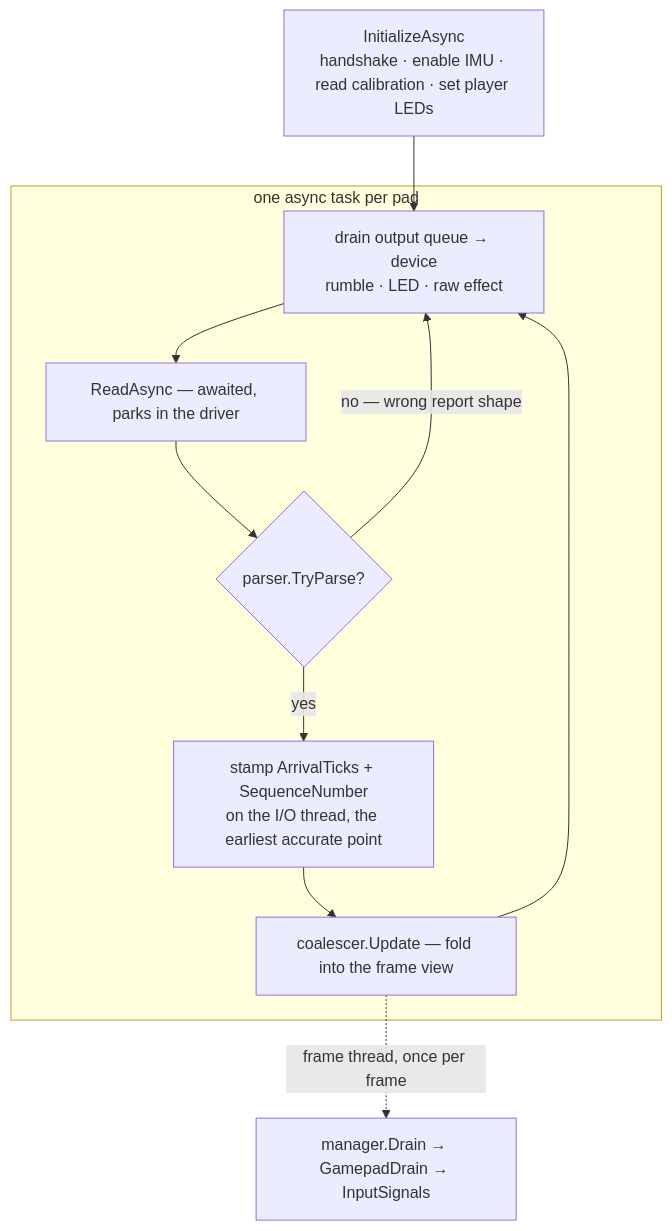
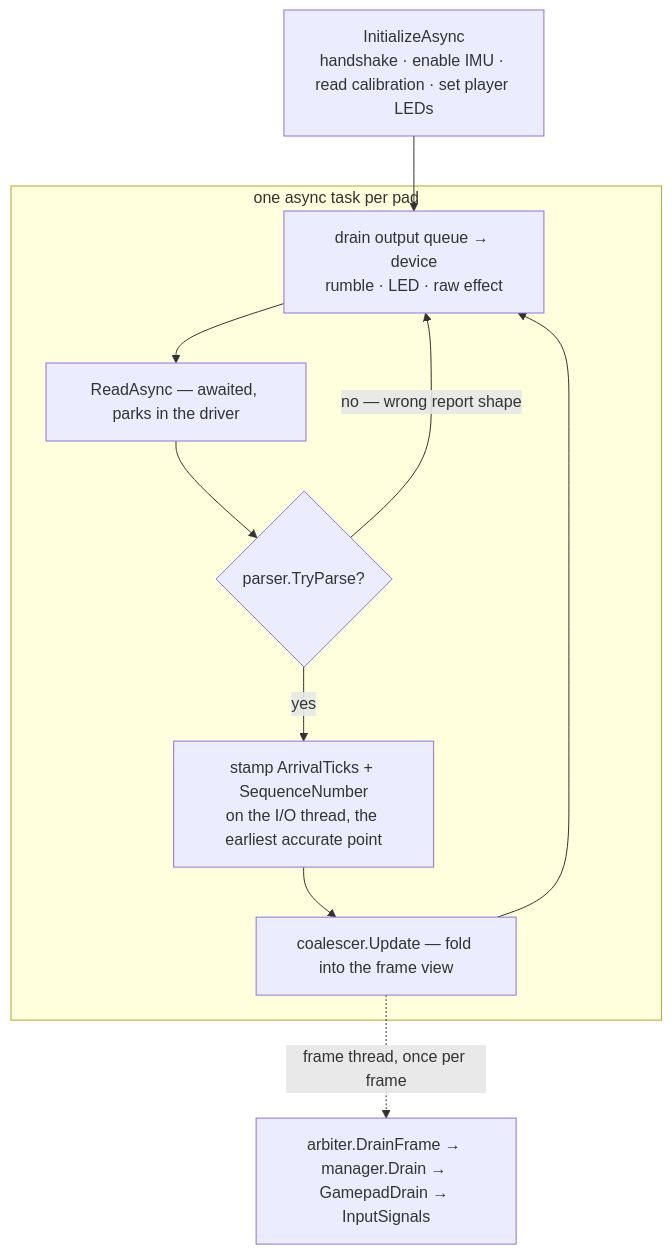
One commit to ByteTerrace/Puck changed the second of 4 diagrams in src/Puck.Input/README.md. Above: the diagram before and after it, drawn with Mermaid. The commit also changed other lines of this file and 2039 other files, not shown here.

````diff
--- a/src/Puck.Input/README.md
+++ b/src/Puck.Input/README.md
@@ -130,13 +152,13 @@
 ```mermaid
 flowchart TD
     init["InitializeAsync<br/>handshake · enable IMU · read calibration · set player LEDs"] --> drainout
     subgraph loop["one async task per pad"]
         drainout["drain output queue → device<br/>rumble · LED · raw effect"] --> read["ReadAsync — awaited, parks in the driver"]
         read --> parse{"parser.TryParse?"}
         parse -->|"no — wrong report shape"| drainout
         parse -->|"yes"| stamp["stamp ArrivalTicks + SequenceNumber<br/>on the I/O thread, the earliest accurate point"]
         stamp --> fold["coalescer.Update — fold into the frame view"]
         fold --> drainout
     end
-    fold -.->|"frame thread, once per frame"| drain["manager.Drain → GamepadDrain → InputSignals"]
+    fold -.->|"frame thread, once per frame"| drain["arbiter.DrainFrame → manager.Drain → GamepadDrain → InputSignals"]
 ```
````
